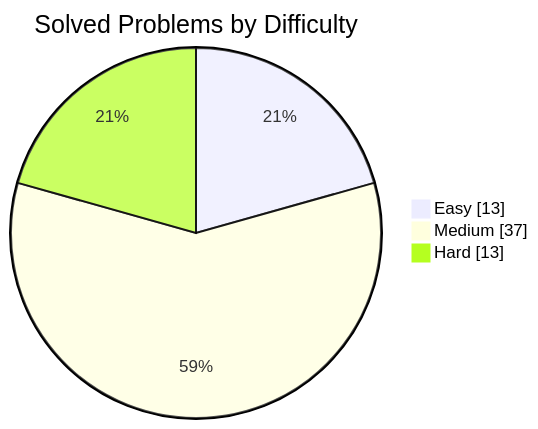
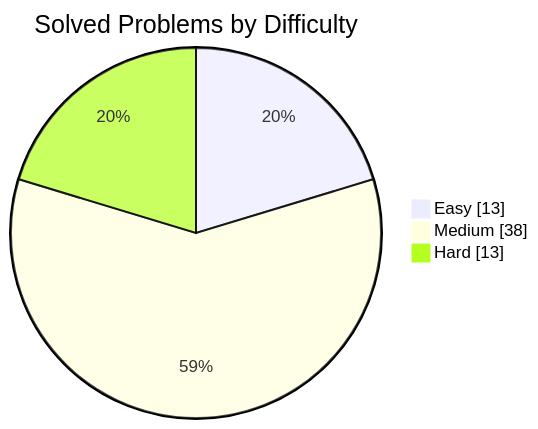
One commit to manikantbindass/DSA-Preparation-FAANG changed the first of 2 diagrams in README.md. Above: the diagram before and after it, drawn with Mermaid. The commit also changed other lines of this file and 3 other files, not shown here.

````diff
--- a/README.md
+++ b/README.md
@@ -38,7 +38,7 @@
 ```mermaid
 pie showData
     title Solved Problems by Difficulty
     "Easy" : 13
-    "Medium" : 37
+    "Medium" : 38
     "Hard" : 13
 ```
````
